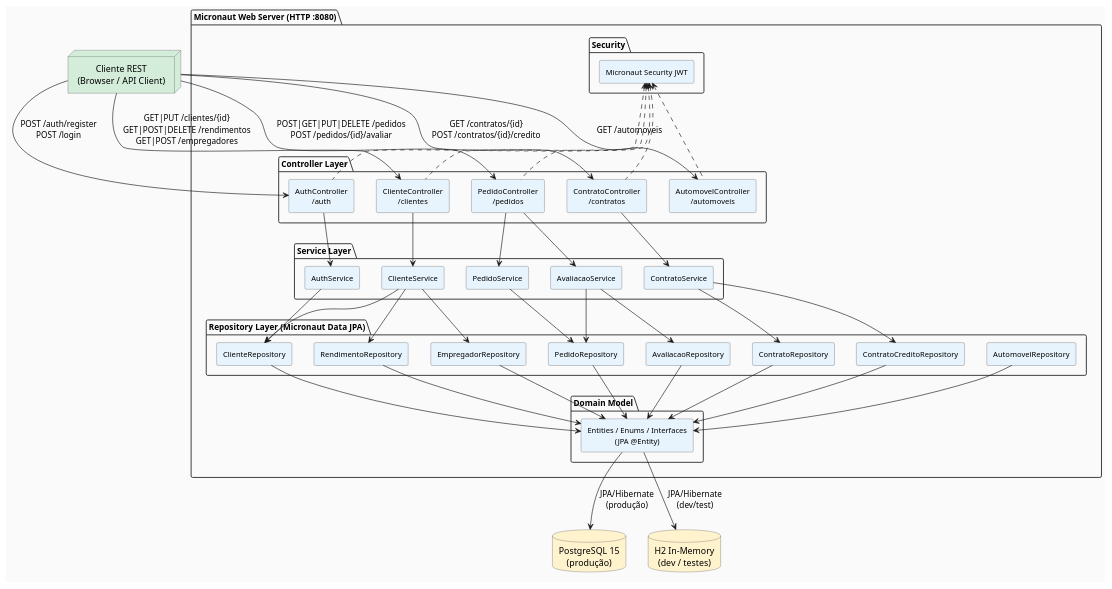
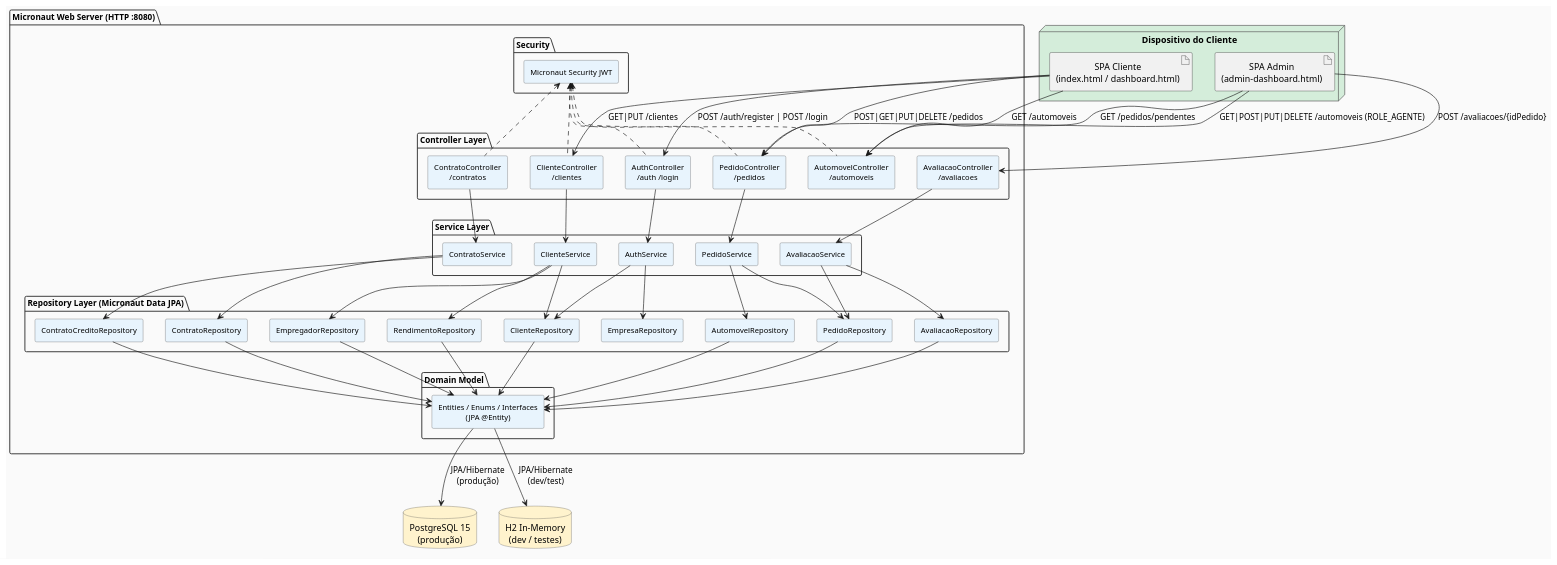
One commit to arthurcbretas/Sistema_de_Aluguel_de_Carros changed the diagram in docs/uml/diagrama-componentes.puml. Above: the diagram before and after it, drawn with PlantUML. The commit also changed 25 other files, not shown here.

Commit message:
feat(sprint 3): finalização do mvp com SPA Frontend, Auth JWT Multi-Role, Calculo Automatico de Aluguel e Documentacao Atualizada

```diff
--- a/docs/uml/diagrama-componentes.puml
+++ b/docs/uml/diagrama-componentes.puml
@@ -1,113 +1,122 @@
 @startuml diagrama-componentes
 skinparam componentStyle rectangle
 skinparam defaultTextAlignment center
 skinparam backgroundColor #FAFAFA
 skinparam component {
   BorderColor #555
   BackgroundColor #E8F4FD
   FontSize 12
 }
 skinparam package {
   BorderColor #333
   FontSize 13
   FontStyle bold
 }
 skinparam database {
   BorderColor #555
   BackgroundColor #FFF3CD
 }
 skinparam node {
   BorderColor #555
   BackgroundColor #D4EDDA
 }
 
-node "Cliente REST\n(Browser / API Client)" as CLIENT
+node "Dispositivo do Cliente" as BROWSER_NODE {
+  artifact "SPA Cliente\n(index.html / dashboard.html)" as SPA_CLI
+  artifact "SPA Admin\n(admin-dashboard.html)" as SPA_ADM
+}
 
 package "Micronaut Web Server (HTTP :8080)" {
 
   package "Security" {
     [Micronaut Security JWT] as JWT
   }
 
   package "Controller Layer" {
-    [AuthController\n/auth] as AUTH_CTRL
+    [AuthController\n/auth /login] as AUTH_CTRL
     [ClienteController\n/clientes] as CLI_CTRL
     [PedidoController\n/pedidos] as PED_CTRL
+    [AvaliacaoController\n/avaliacoes] as AVAL_CTRL
     [ContratoController\n/contratos] as CON_CTRL
     [AutomovelController\n/automoveis] as AUT_CTRL
   }
 
   package "Service Layer" {
     [AuthService] as AUTH_SVC
     [ClienteService] as CLI_SVC
     [PedidoService] as PED_SVC
     [AvaliacaoService] as AVAL_SVC
     [ContratoService] as CON_SVC
   }
 
   package "Repository Layer (Micronaut Data JPA)" {
     [ClienteRepository] as CLI_REPO
+    [EmpresaRepository] as EMP_AGT_REPO
     [RendimentoRepository] as REN_REPO
     [EmpregadorRepository] as EMP_REPO
     [PedidoRepository] as PED_REPO
     [AvaliacaoRepository] as AVAL_REPO
     [ContratoRepository] as CON_REPO
     [ContratoCreditoRepository] as CC_REPO
     [AutomovelRepository] as AUT_REPO
   }
 
   package "Domain Model" {
     [Entities / Enums / Interfaces\n(JPA @Entity)] as DOMAIN
   }
 }
 
 database "PostgreSQL 15\n(produção)" as DB_PROD
 database "H2 In-Memory\n(dev / testes)" as DB_DEV
 
 ' ── HTTP ────────────────────────────────────────────────────────────
-CLIENT --> AUTH_CTRL : POST /auth/register\nPOST /login
-CLIENT --> CLI_CTRL  : GET|PUT /clientes/{id}\nGET|POST|DELETE /rendimentos\nGET|POST /empregadores
-CLIENT --> PED_CTRL  : POST|GET|PUT|DELETE /pedidos\nPOST /pedidos/{id}/avaliar
-CLIENT --> CON_CTRL  : GET /contratos/{id}\nPOST /contratos/{id}/credito
-CLIENT --> AUT_CTRL  : GET /automoveis
+SPA_CLI --> AUTH_CTRL : POST /auth/register | POST /login
+SPA_CLI --> CLI_CTRL  : GET|PUT /clientes
+SPA_CLI --> PED_CTRL  : POST|GET|PUT|DELETE /pedidos
+SPA_CLI --> AUT_CTRL  : GET /automoveis
+SPA_ADM --> PED_CTRL  : GET /pedidos/pendentes
+SPA_ADM --> AVAL_CTRL : POST /avaliacoes/{idPedido}
+SPA_ADM --> AUT_CTRL  : GET|POST|PUT|DELETE /automoveis (ROLE_AGENTE)
 
 ' ── Security ────────────────────────────────────────────────────────
 AUTH_CTRL .up.> JWT
 CLI_CTRL  .up.> JWT
 PED_CTRL  .up.> JWT
 CON_CTRL  .up.> JWT
 AUT_CTRL  .up.> JWT
 
-' ── Controller -> Service ────────────────────────────────────────────
-AUTH_CTRL --> AUTH_SVC
-CLI_CTRL  --> CLI_SVC
-PED_CTRL  --> PED_SVC
-PED_CTRL  --> AVAL_SVC
-CON_CTRL  --> CON_SVC
+' ── Controller -> Service ───────────────────────────────────────────────
+AUTH_CTRL  --> AUTH_SVC
+CLI_CTRL   --> CLI_SVC
+PED_CTRL   --> PED_SVC
+AVAL_CTRL  --> AVAL_SVC
+CON_CTRL   --> CON_SVC
 
-' ── Service -> Repository ────────────────────────────────────────────
+' ── Service -> Repository ──────────────────────────────────────────────
 AUTH_SVC  --> CLI_REPO
+AUTH_SVC  --> EMP_AGT_REPO
 CLI_SVC   --> CLI_REPO
 CLI_SVC   --> REN_REPO
 CLI_SVC   --> EMP_REPO
 PED_SVC   --> PED_REPO
+PED_SVC   --> AUT_REPO
 AVAL_SVC  --> AVAL_REPO
 AVAL_SVC  --> PED_REPO
 CON_SVC   --> CON_REPO
 CON_SVC   --> CC_REPO
 
 ' ── Repository -> Domain ─────────────────────────────────────────────
 CLI_REPO  --> DOMAIN
 REN_REPO  --> DOMAIN
 EMP_REPO  --> DOMAIN
 PED_REPO  --> DOMAIN
 AVAL_REPO --> DOMAIN
 CON_REPO  --> DOMAIN
 CC_REPO   --> DOMAIN
 AUT_REPO  --> DOMAIN
 
 ' ── Domain -> Database ───────────────────────────────────────────────
 DOMAIN --> DB_PROD : JPA/Hibernate\n(produção)
 DOMAIN --> DB_DEV  : JPA/Hibernate\n(dev/test)
 
 @enduml
```
